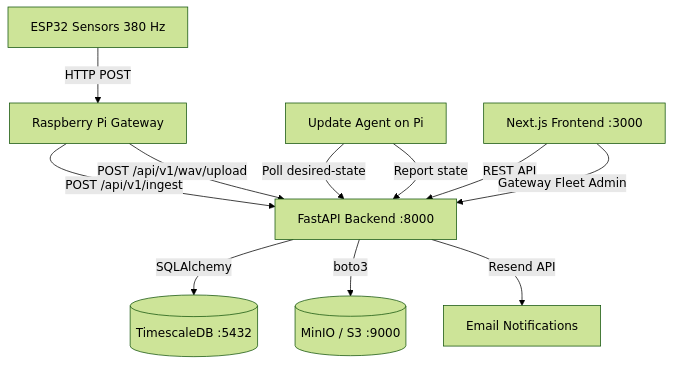
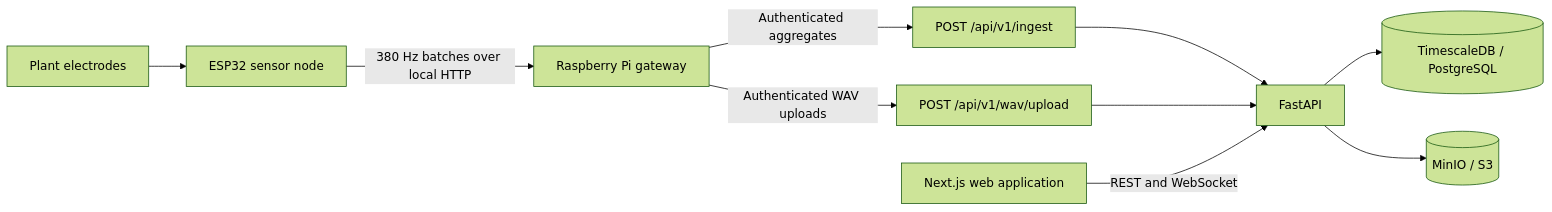
Before and after one commit to Dinten-dev/GreenMindDB: the diagram in README.md, drawn with Mermaid (forest theme). The commit also changed other lines of this file and 273 other files, not shown here.

````diff
--- a/README.md
+++ b/README.md
@@ -87,13 +14,12 @@
 ```mermaid
-graph TD;
-    Sensors[ESP32 Sensors 380 Hz] -->|HTTP POST| Pi[Raspberry Pi Gateway]
-    Pi -->|POST /api/v1/ingest| API[FastAPI Backend :8000]
-    Pi -->|POST /api/v1/wav/upload| API
-    Agent[Update Agent on Pi] -->|Poll desired-state| API
-    Agent -->|Report state| API
-    API -->|SQLAlchemy| DB[(TimescaleDB :5432)]
-    API -->|boto3| S3[(MinIO / S3 :9000)]
-    UI[Next.js Frontend :3000] -->|REST API| API
-    UI -->|Gateway Fleet Admin| API
-    API -->|Resend API| Email[Email Notifications]
+flowchart LR
+    Plant[Plant electrodes] --> Sensor[ESP32 sensor node]
+    Sensor -->|380 Hz batches over local HTTP| Gateway[Raspberry Pi gateway]
+    Gateway -->|Authenticated aggregates| Ingest[POST /api/v1/ingest]
+    Gateway -->|Authenticated WAV uploads| Wav[POST /api/v1/wav/upload]
+    Ingest --> API[FastAPI]
+    Wav --> API
+    API --> DB[(TimescaleDB / PostgreSQL)]
+    API --> Object[(MinIO / S3)]
+    UI[Next.js web application] -->|REST and WebSocket| API
 ```
````
